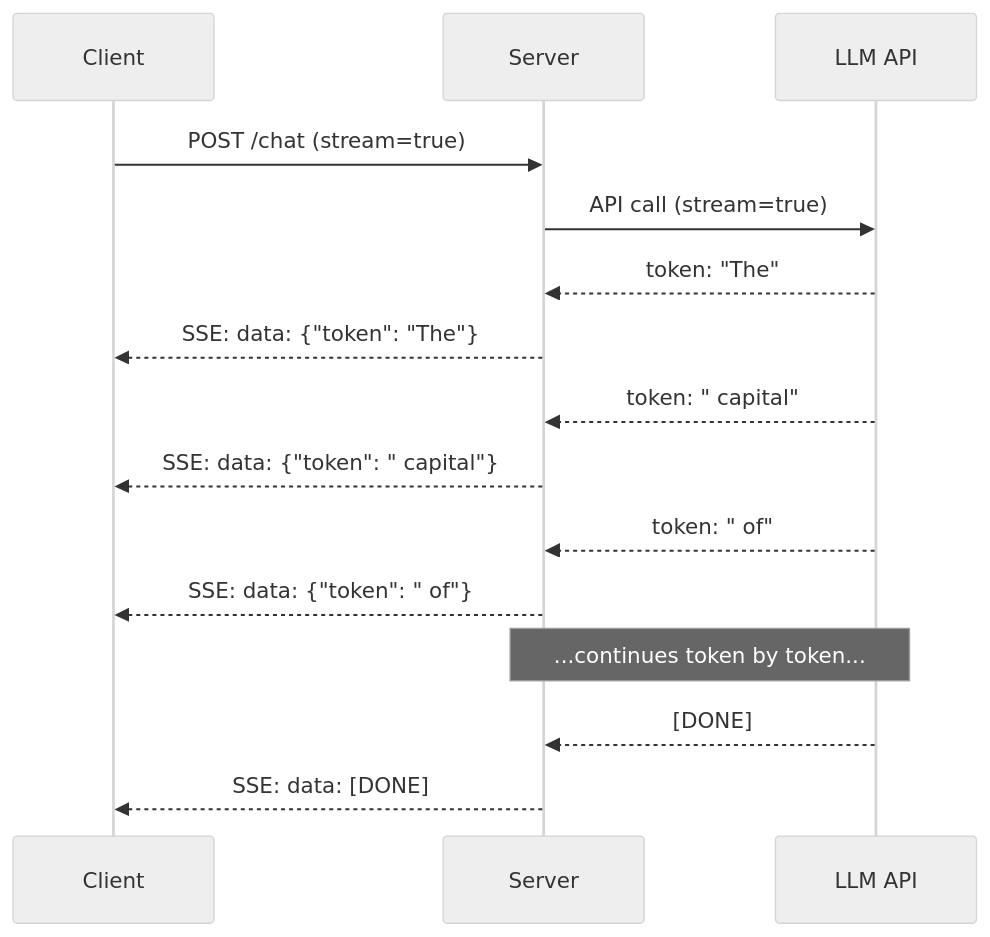
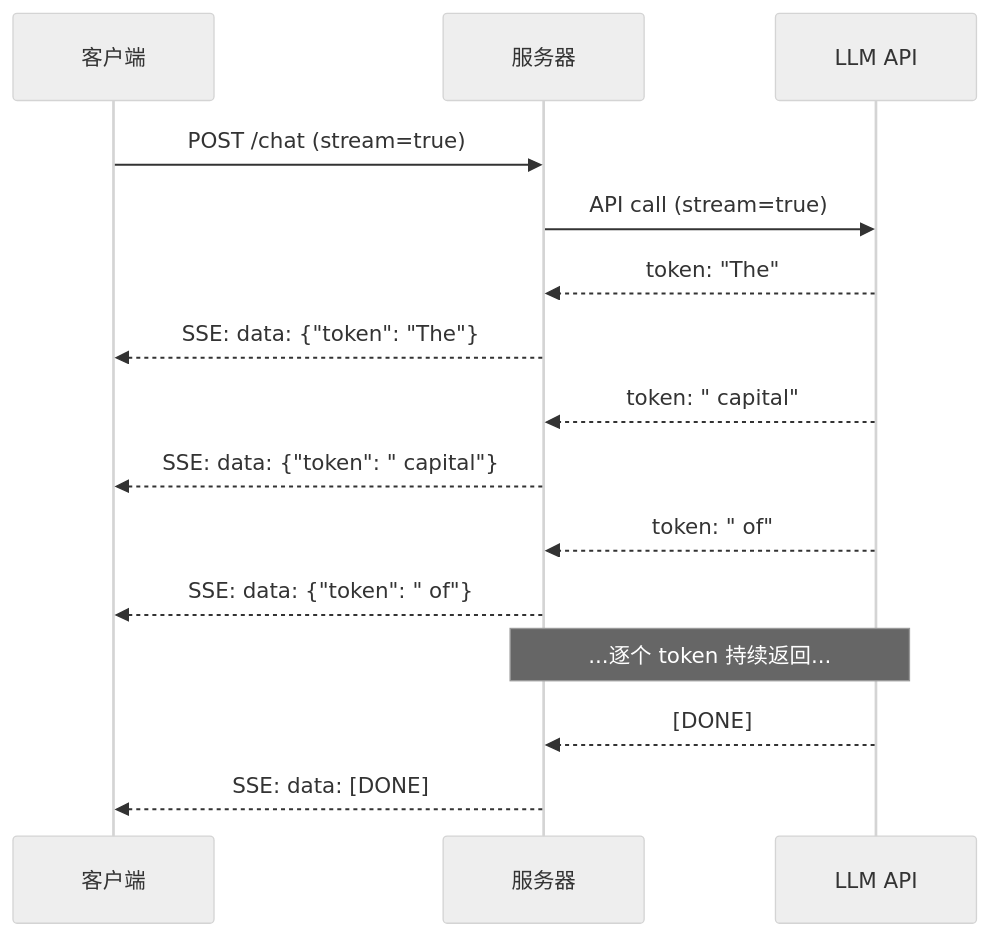
Before and after one commit to husky1102/ai-engineering-from-scratch-zh: the second of 3 diagrams in phases/11-llm-engineering/13-production-app/docs/zh-CN.md, drawn with Mermaid (neutral theme). The commit also changed other lines of this file and 1 other file, not shown here.

````diff
--- a/phases/11-llm-engineering/13-production-app/docs/zh-CN.md
+++ b/phases/11-llm-engineering/13-production-app/docs/zh-CN.md
@@ -86,18 +86,18 @@
 ```mermaid
 sequenceDiagram
-    participant C as Client
-    participant S as Server
+    participant C as 客户端
+    participant S as 服务器
     participant L as LLM API
 
     C->>S: POST /chat (stream=true)
     S->>L: API call (stream=true)
     L-->>S: token: "The"
     S-->>C: SSE: data: {"token": "The"}
     L-->>S: token: " capital"
     S-->>C: SSE: data: {"token": " capital"}
     L-->>S: token: " of"
     S-->>C: SSE: data: {"token": " of"}
-    Note over L,S: ...continues token by token...
+    Note over L,S: ...逐个 token 持续返回...
     L-->>S: [DONE]
     S-->>C: SSE: data: [DONE]
 ```
````
